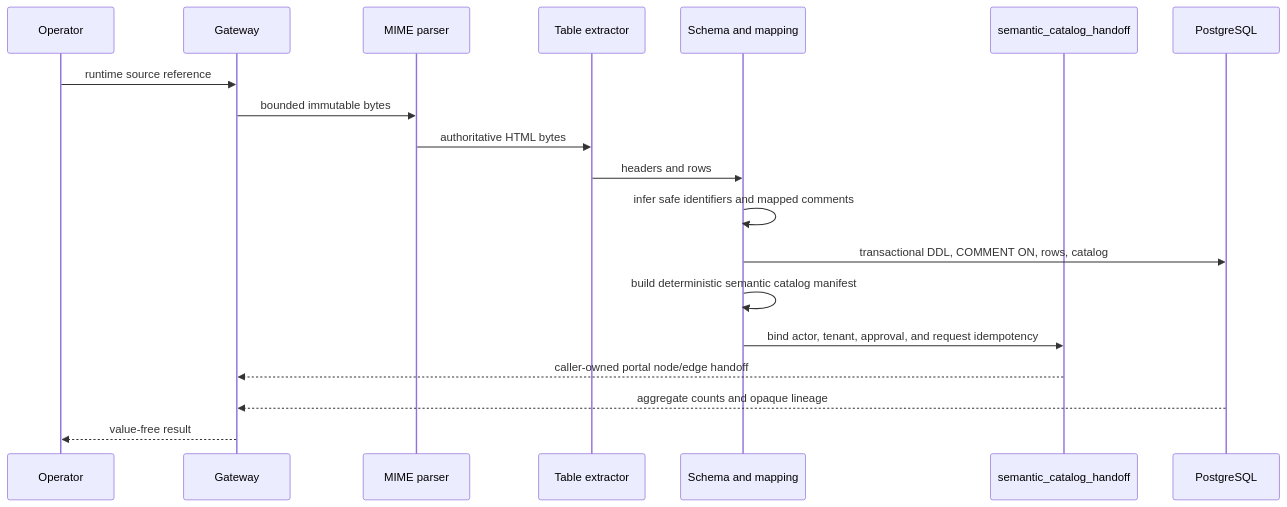
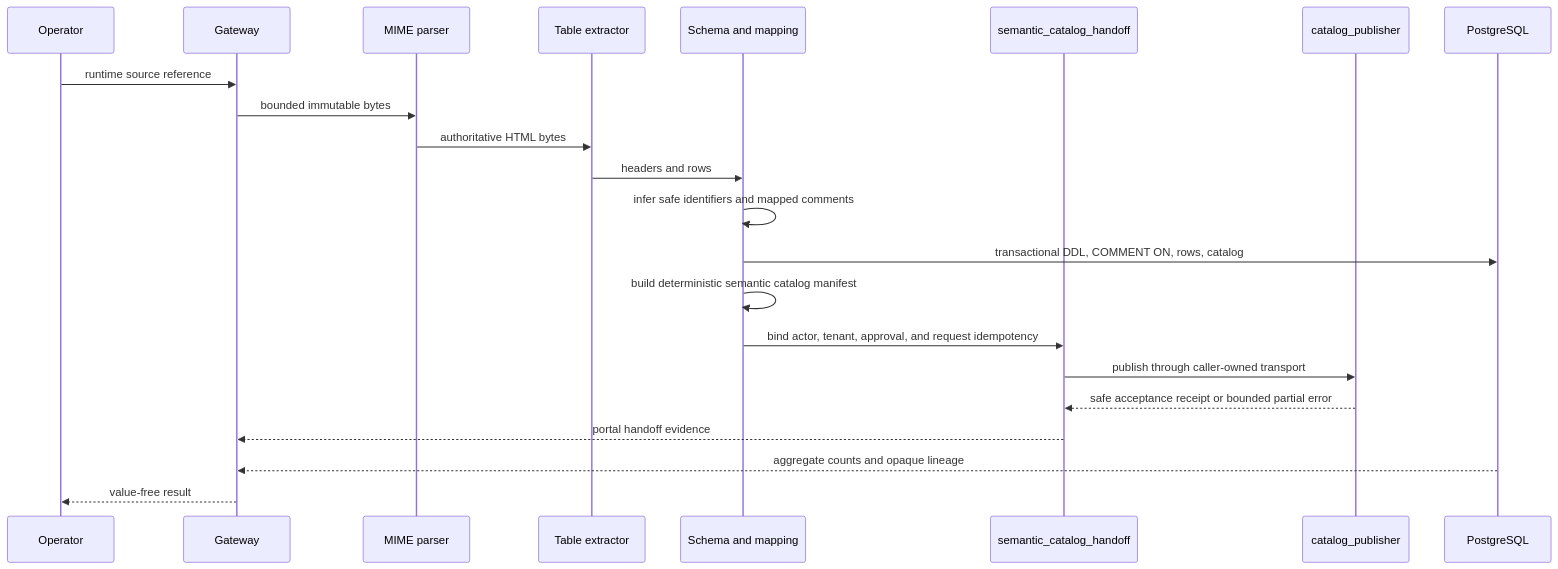
The second of 3 diagrams in docs/ARCHITECTURE.md (ContextualWisdomLab/mhtml-etl-gateway), drawn with Mermaid before and after one commit. The commit also changed other lines of this file and 18 other files, not shown here.

````diff
--- a/docs/ARCHITECTURE.md
+++ b/docs/ARCHITECTURE.md
@@ -48,21 +51,24 @@
 ```mermaid
 sequenceDiagram
     participant U as Operator
     participant G as Gateway
     participant M as MIME parser
     participant T as Table extractor
     participant S as Schema and mapping
     participant SH as semantic_catalog_handoff
+    participant CP as catalog_publisher
     participant P as PostgreSQL
     U->>G: runtime source reference
     G->>M: bounded immutable bytes
     M->>T: authoritative HTML bytes
     T->>S: headers and rows
     S->>S: infer safe identifiers and mapped comments
     S->>P: transactional DDL, COMMENT ON, rows, catalog
     S->>S: build deterministic semantic catalog manifest
     S->>SH: bind actor, tenant, approval, and request idempotency
-    SH-->>G: caller-owned portal node/edge handoff
+    SH->>CP: publish through caller-owned transport
+    CP-->>SH: safe acceptance receipt or bounded partial error
+    SH-->>G: portal handoff evidence
     P-->>G: aggregate counts and opaque lineage
     G-->>U: value-free result
 ```
````
